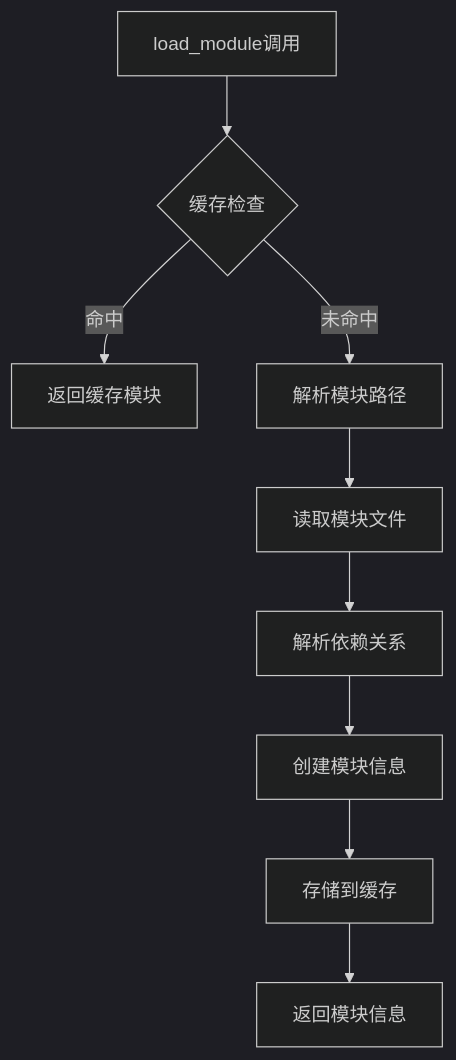
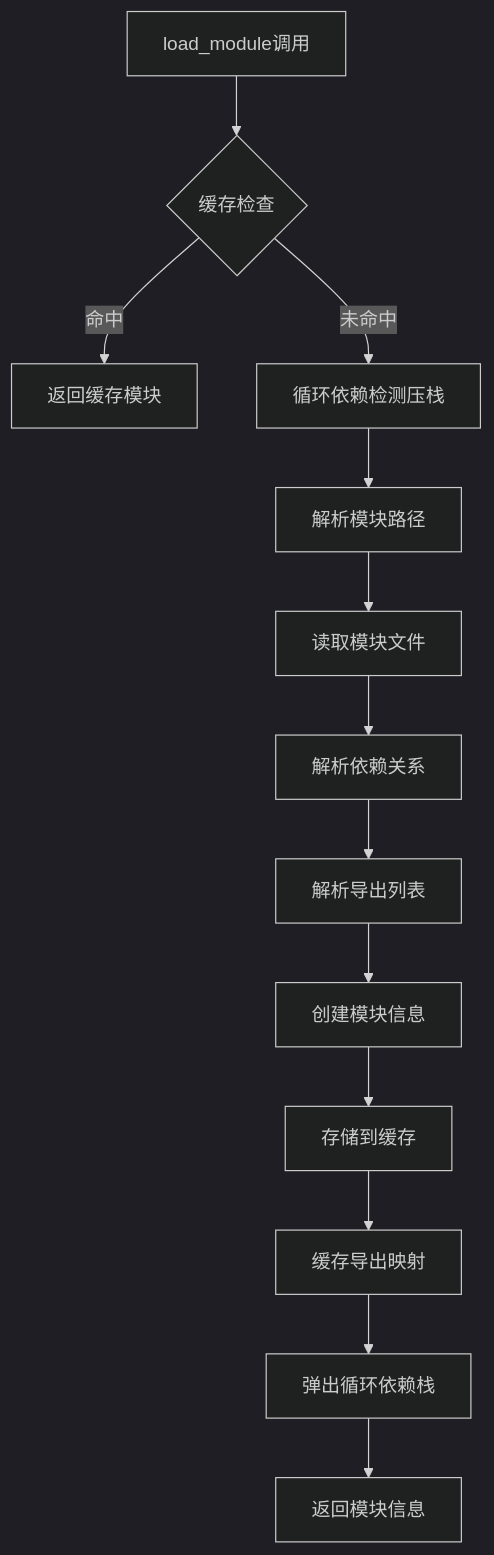
Before and after one commit to itszzl-sudo/iris: diagram 13 of 22 in .qoder/repowiki/zh/content/技术架构详解/JS沙箱运行时/Iris-JetCrab运行时.md, drawn with Mermaid (dark theme). The commit also changed other lines of this file and 12 other files, not shown here.

````diff
--- a/.qoder/repowiki/zh/content/技术架构详解/JS沙箱运行时/Iris-JetCrab运行时.md
+++ b/.qoder/repowiki/zh/content/技术架构详解/JS沙箱运行时/Iris-JetCrab运行时.md
@@ -417,11 +645,15 @@
 ```mermaid
 flowchart TD
 LOAD[load_module调用] --> CACHE_CHECK{缓存检查}
 CACHE_CHECK --> |命中| RETURN_CACHE[返回缓存模块]
-CACHE_CHECK --> |未命中| RESOLVE_PATH[解析模块路径]
+CACHE_CHECK --> |未命中| CYCLE_PUSH[循环依赖检测压栈]
+CYCLE_PUSH --> RESOLVE_PATH[解析模块路径]
 RESOLVE_PATH --> READ_FILE[读取模块文件]
 READ_FILE --> PARSE_DEPS[解析依赖关系]
-PARSE_DEPS --> CREATE_INFO[创建模块信息]
+PARSE_DEPS --> PARSE_EXPORTS[解析导出列表]
+PARSE_EXPORTS --> CREATE_INFO[创建模块信息]
 CREATE_INFO --> STORE_CACHE[存储到缓存]
-STORE_CACHE --> RETURN_INFO[返回模块信息]
+STORE_CACHE --> STORE_EXPORTS[缓存导出映射]
+STORE_EXPORTS --> CYCLE_POP[弹出循环依赖栈]
+CYCLE_POP --> RETURN_INFO[返回模块信息]
 ```
````
